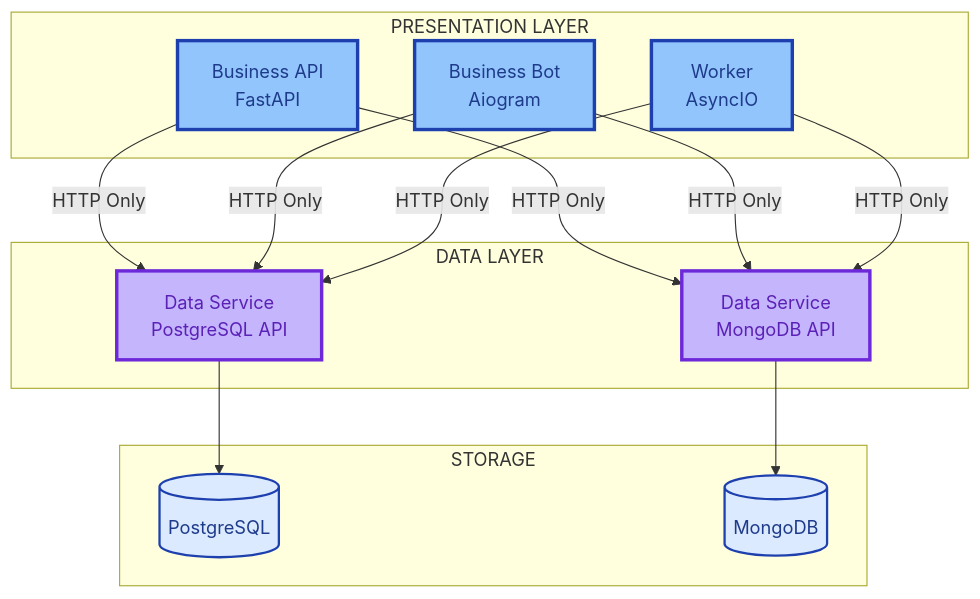
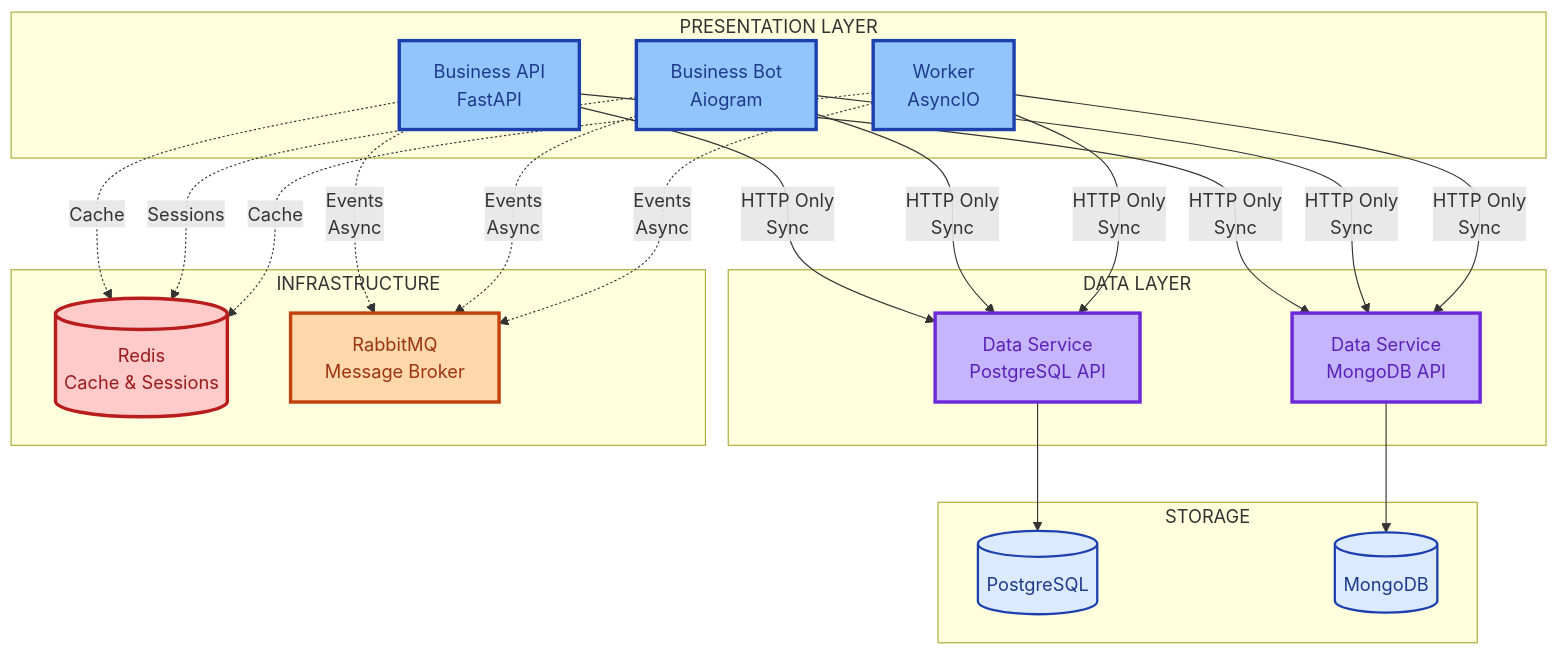
One commit to bgs2509/ai-generator-asyncmicroservices changed the diagram in docs/index.md. Above: the diagram before and after it, drawn with Mermaid. The commit also changed other lines of this file, not shown here.

Commit message:
feat: Add RabbitMQ and Redis to architecture diagram
Add missing infrastructure components to main architecture diagram:

Infrastructure Layer:
- RabbitMQ: Message broker for async event-driven communication
- Redis: Cache, sessions, and rate limiting

Communication Patterns:
- Solid lines (→): HTTP sync requests to Data APIs
- Dashed lines (-.->): Async operations (events, cache)

Best Practices Applied:
1. Event-Driven Architecture: RabbitMQ for inter-service communication
   - Pub/Sub pattern for events
   - Decoupling services
   - Async processing

2. Caching Strategy: Redis for performance
   - Data caching
   - Session management
   - Rate limiting

3. Clear Communication Patterns:
   - Sync: HTTP for request-response (data access)
   - Async: RabbitMQ for fire-and-forget (events)
   - Cache: Redis for fast data retrieval

Updated Core Principles to reflect:
- Event-Driven Communication principle
- Caching Strategy principle
- Complete microservices architecture

This follows industry best practices for production microservices:
- Netflix, Uber, Amazon patterns
- CQRS and Event Sourcing ready
- Scalable and resilient architecture

````diff
--- a/docs/index.md
+++ b/docs/index.md
@@ -156,36 +156,51 @@
 ```mermaid
 graph TB
     subgraph Presentation["PRESENTATION LAYER"]
         API[Business API<br/>FastAPI]
         BOT[Business Bot<br/>Aiogram]
         WORKER[Worker<br/>AsyncIO]
     end
 
     subgraph Data["DATA LAYER"]
         PGAPI[Data Service<br/>PostgreSQL API]
         MGAPI[Data Service<br/>MongoDB API]
     end
 
+    subgraph Infrastructure["INFRASTRUCTURE"]
+        REDIS[(Redis<br/>Cache & Sessions)]
+        RABBIT[RabbitMQ<br/>Message Broker]
+    end
+
     subgraph Storage["STORAGE"]
         PG[(PostgreSQL)]
         MG[(MongoDB)]
     end
 
-    API -->|HTTP Only| PGAPI
-    API -->|HTTP Only| MGAPI
-    BOT -->|HTTP Only| PGAPI
-    BOT -->|HTTP Only| MGAPI
-    WORKER -->|HTTP Only| PGAPI
-    WORKER -->|HTTP Only| MGAPI
+    API -->|HTTP Only<br/>Sync| PGAPI
+    API -->|HTTP Only<br/>Sync| MGAPI
+    BOT -->|HTTP Only<br/>Sync| PGAPI
+    BOT -->|HTTP Only<br/>Sync| MGAPI
+    WORKER -->|HTTP Only<br/>Sync| PGAPI
+    WORKER -->|HTTP Only<br/>Sync| MGAPI
+
+    API -.->|Events<br/>Async| RABBIT
+    BOT -.->|Events<br/>Async| RABBIT
+    WORKER -.->|Events<br/>Async| RABBIT
+
+    API -.->|Cache| REDIS
+    BOT -.->|Sessions| REDIS
+    WORKER -.->|Cache| REDIS
 
     PGAPI --> PG
     MGAPI --> MG
 
     style API fill:#93c5fd,stroke:#1e40af,stroke-width:3px,color:#1e3a8a
     style BOT fill:#93c5fd,stroke:#1e40af,stroke-width:3px,color:#1e3a8a
     style WORKER fill:#93c5fd,stroke:#1e40af,stroke-width:3px,color:#1e3a8a
     style PGAPI fill:#c4b5fd,stroke:#6d28d9,stroke-width:3px,color:#5b21b6
     style MGAPI fill:#c4b5fd,stroke:#6d28d9,stroke-width:3px,color:#5b21b6
     style PG fill:#dbeafe,stroke:#1e40af,stroke-width:2px,color:#1e3a8a
     style MG fill:#dbeafe,stroke:#1e40af,stroke-width:2px,color:#1e3a8a
+    style REDIS fill:#fecaca,stroke:#b91c1c,stroke-width:3px,color:#991b1b
+    style RABBIT fill:#fed7aa,stroke:#c2410c,stroke-width:3px,color:#9a3412
 ```
````
